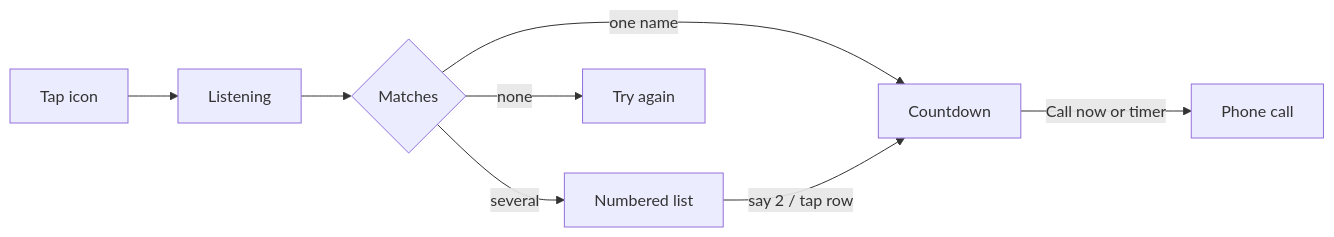
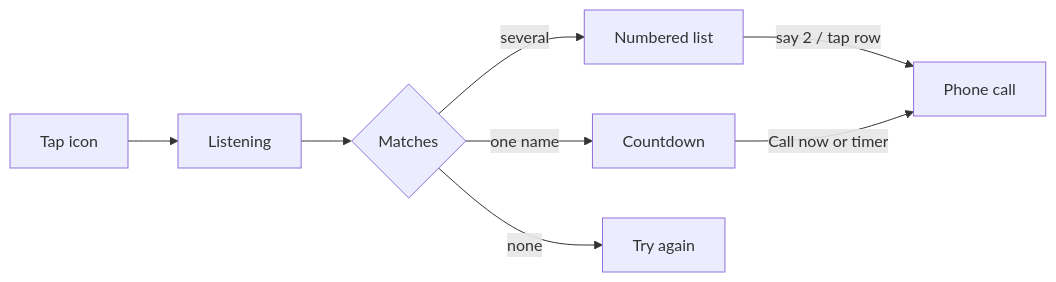
Before and after one commit to HTTPS1121/voice-dial-auto: the diagram in README.md, drawn with Mermaid. The commit also changed other lines of this file and 1 other file, not shown here.

````diff
--- a/README.md
+++ b/README.md
@@ -38,10 +38,10 @@
 ```mermaid
 flowchart LR
   A[Tap icon] --> B[Listening]
   B --> C{Matches}
   C -->|one name| D[Countdown]
   C -->|several| E[Numbered list]
   C -->|none| F[Try again]
-  E -->|say 2 / tap row| D
-  D -->|Call now or timer| G[Phone call]
+  E -->|say 2 / tap row| G[Phone call]
+  D -->|Call now or timer| G
 ```
````
